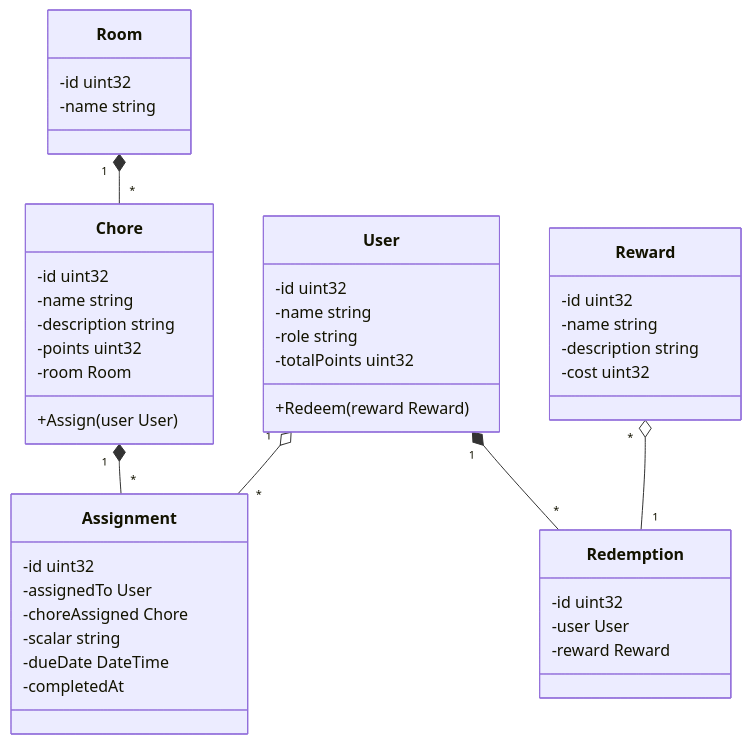
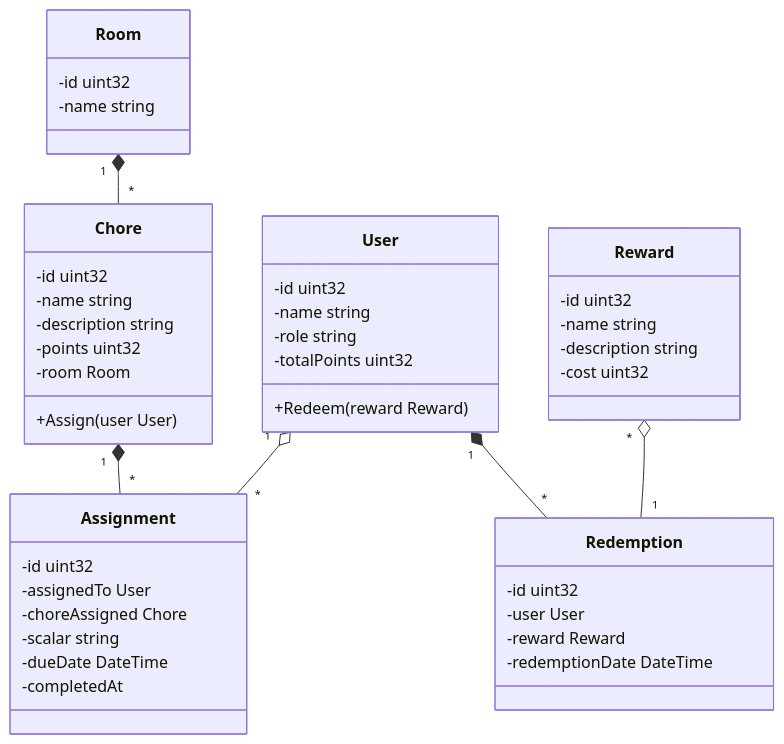
One commit to RKochenderfer/home-manager changed the diagram in diagrams/class-diagram.md. Above: the diagram before and after it, drawn with Mermaid. The commit also changed 3 other files, not shown here.

````diff
--- a/diagrams/class-diagram.md
+++ b/diagrams/class-diagram.md
@@ -1,52 +1,53 @@
 ```mermaid
 classDiagram
 	Chore "1" *-- "*" Assignment
 	User "1" o-- "*" Assignment
 	User "1" *-- "*" Redemption
 	Room "1" *-- "*" Chore
 	Reward "*" o-- "1" Redemption
 
 	class Chore{
 		-id uint32
 		-name string
 		-description string
 		-points uint32
 		-room Room
 		+Assign(user User)
 	}
 
 	class Room {
 		-id uint32
 		-name string
 	}
 
 	class Assignment{
 		-id uint32
 		-assignedTo User
 		-choreAssigned Chore
 		-scalar string
 		-dueDate DateTime
 		-completedAt 
 	}
 
 	class User{
 		-id uint32
 		-name string
 		-role string
 		-totalPoints uint32
 		+Redeem(reward Reward)
 	}
 
 	class Reward{
 		-id uint32
 		-name string
 		-description string
 		-cost uint32
 	}
 
 	class Redemption{
 		-id uint32
 		-user User
 		-reward Reward
+		-redemptionDate DateTime
 	}
 ```
````
